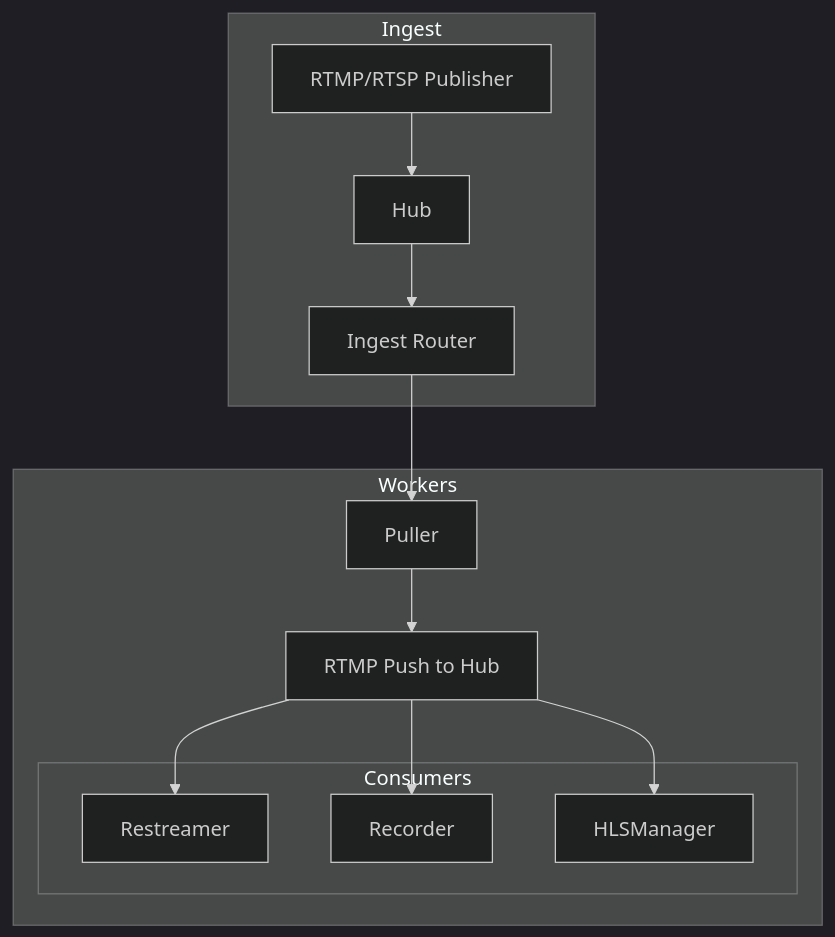
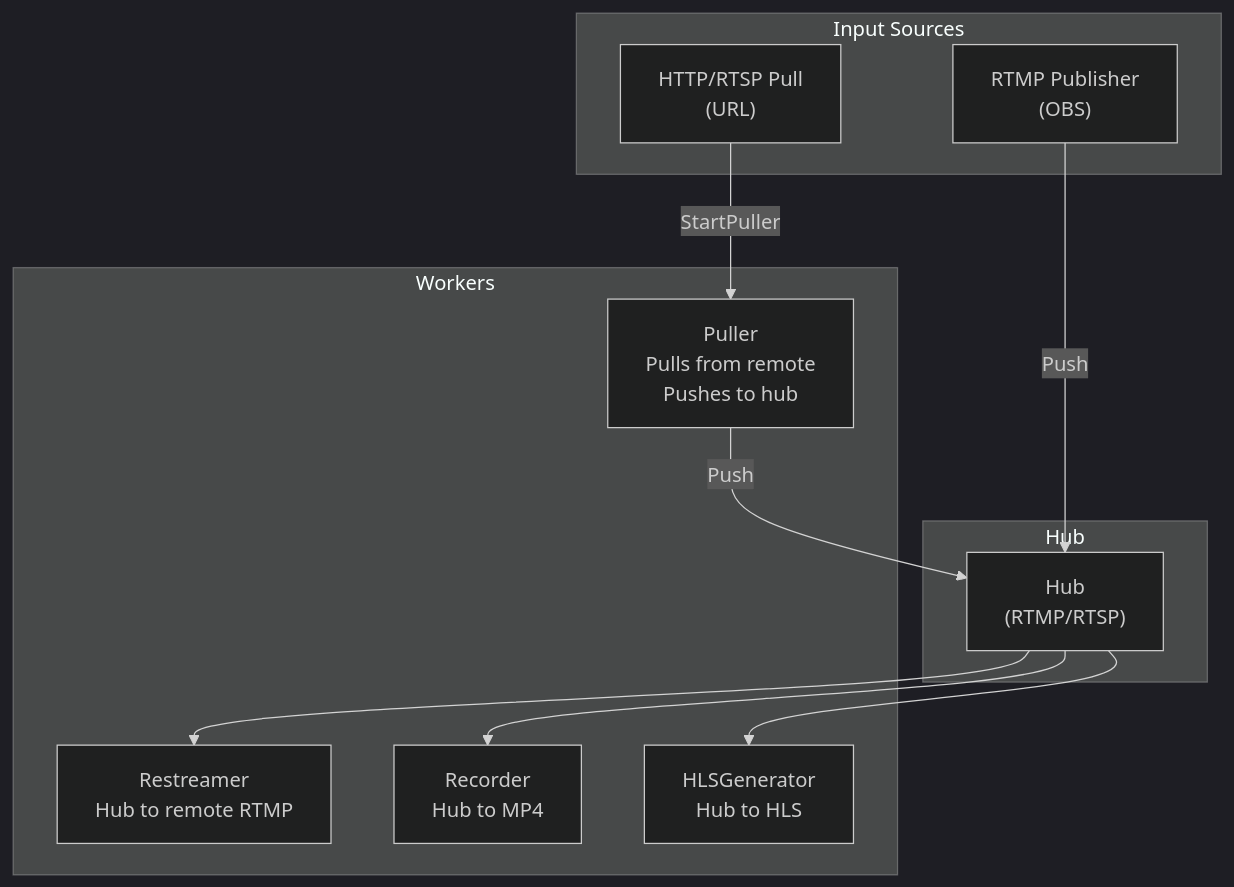
One commit to krsna1729/go-mls changed the fourth of 5 diagrams in docs/architecture.md. Above: the diagram before and after it, drawn with Mermaid (dark theme). The commit also changed other lines of this file and 1 other file, not shown here.

Commit message:
Fix data race in ProcessWorker and update architecture docs

````diff
--- a/docs/architecture.md
+++ b/docs/architecture.md
@@ -87,22 +148,25 @@
 ```mermaid
 flowchart TB
-    subgraph ingest["Ingest"]
-        A["RTMP/RTSP Publisher"] --> B["Hub"]
-        B --> C["Ingest Router"]
+    subgraph ingest["Input Sources"]
+        A1["RTMP Publisher<br/>(OBS)"]
+        A2["HTTP/RTSP Pull<br/>(URL)"]
+    end
+    
+    subgraph hub["Hub"]
+        B["Hub<br/>(RTMP/RTSP)"]
     end
     
     subgraph workers["Workers"]
-        C --> D["Puller"]
-        D --> E["RTMP Push to Hub"]
-        
-        subgraph consumers["Consumers"]
-            F["Restreamer"]
-            G["Recorder"]
-            H["HLSManager"]
-        end
+        C1["Puller<br/>Pulls from remote<br/>Pushes to hub"]
+        C2["Restreamer<br/>Hub to remote RTMP"]
+        C3["Recorder<br/>Hub to MP4"]
+        C4["HLSGenerator<br/>Hub to HLS"]
     end
     
-    E --> F
-    E --> G
-    E --> H
+    A1 -->|Push| B
+    A2 -->|StartPuller| C1
+    C1 -->|Push| B
+    B --> C2
+    B --> C3
+    B --> C4
 ```
````
